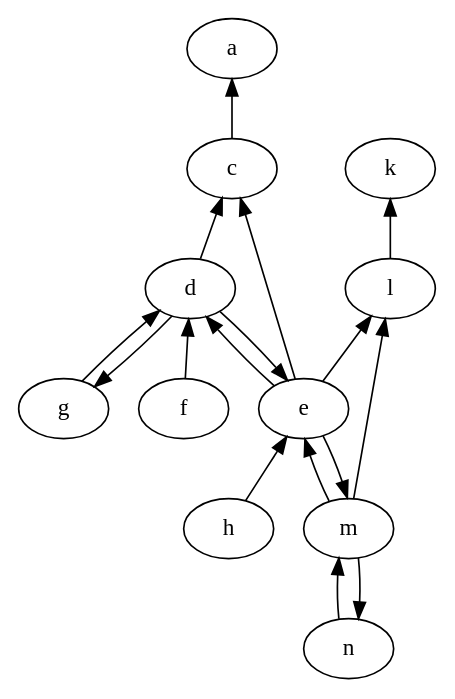
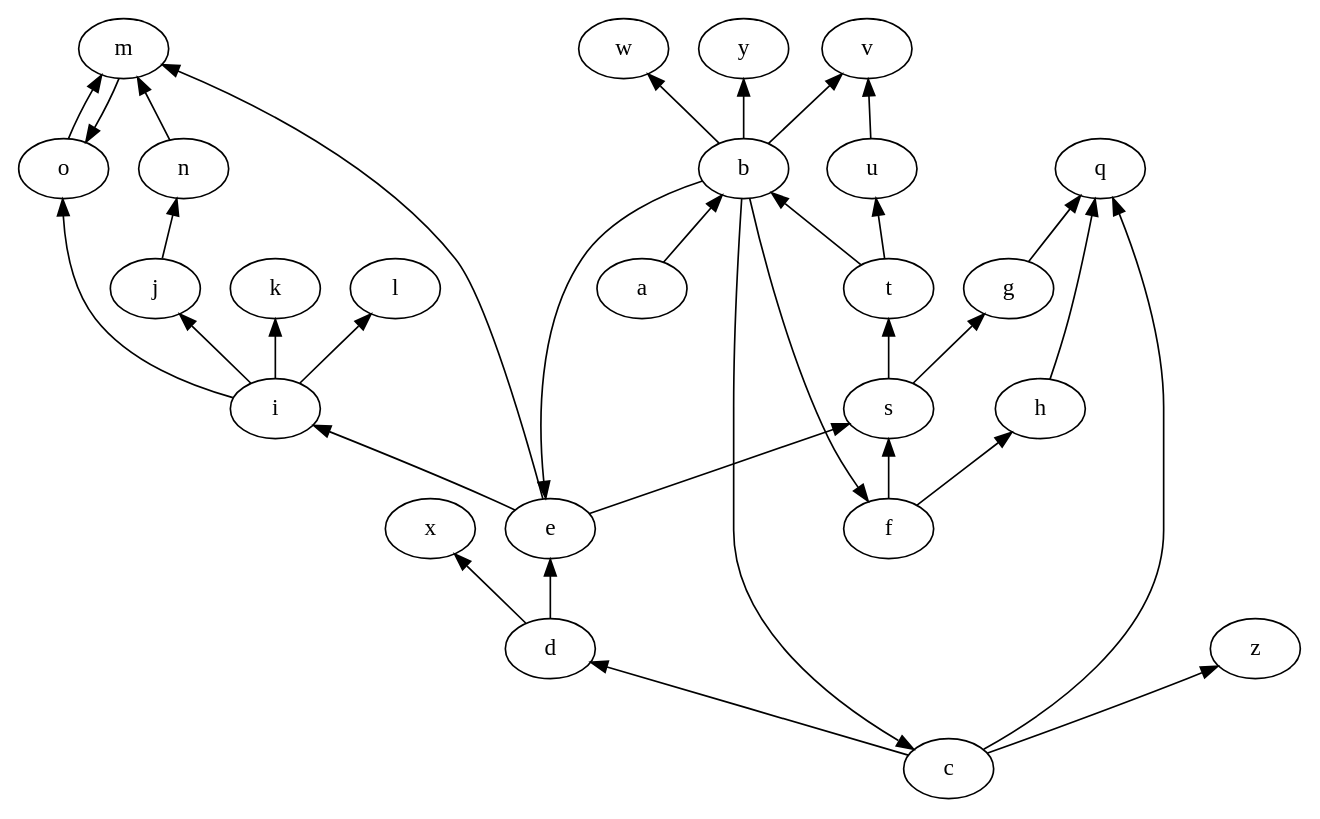
Before and after one commit to idaks/Games-and-Argumentation: the diagram in XLoKR-2023/1-Vanilla_version/output/plain_graph_reverse.dot, drawn with Graphviz. The commit also changed 26 other files, not shown here.

```diff
--- a/XLoKR-2023/1-Vanilla_version/output/plain_graph_reverse.dot
+++ b/XLoKR-2023/1-Vanilla_version/output/plain_graph_reverse.dot
@@ -1,18 +1,34 @@
 strict digraph "" {
-	a -> c	[dir=back];
-	c -> d	[dir=back];
-	c -> e	[dir=back];
-	d -> e	[dir=back];
-	d -> f	[dir=back];
-	d -> g	[dir=back];
+	b -> a	[dir=back];
+	b -> t	[dir=back];
+	t -> s	[dir=back];
+	s -> e	[dir=back];
+	s -> f	[dir=back];
+	c -> b	[dir=back];
+	d -> c	[dir=back];
+	e -> b	[dir=back];
 	e -> d	[dir=back];
-	e -> m	[dir=back];
-	e -> h	[dir=back];
-	k -> l	[dir=back];
-	l -> e	[dir=back];
-	l -> m	[dir=back];
+	f -> b	[dir=back];
+	g -> s	[dir=back];
+	h -> f	[dir=back];
+	i -> e	[dir=back];
+	j -> i	[dir=back];
+	k -> i	[dir=back];
+	l -> i	[dir=back];
 	m -> e	[dir=back];
+	m -> o	[dir=back];
 	m -> n	[dir=back];
-	g -> d	[dir=back];
-	n -> m	[dir=back];
+	o -> i	[dir=back];
+	o -> m	[dir=back];
+	n -> j	[dir=back];
+	q -> c	[dir=back];
+	q -> g	[dir=back];
+	q -> h	[dir=back];
+	u -> t	[dir=back];
+	v -> b	[dir=back];
+	v -> u	[dir=back];
+	w -> b	[dir=back];
+	x -> d	[dir=back];
+	y -> b	[dir=back];
+	z -> c	[dir=back];
 }
```
